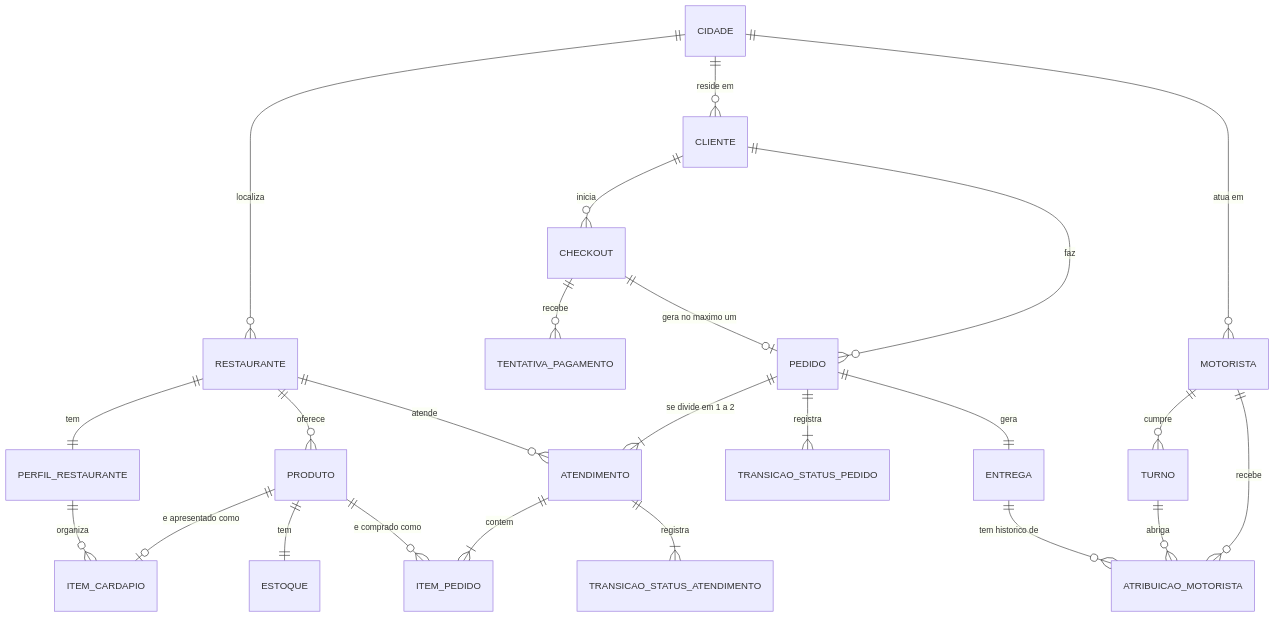
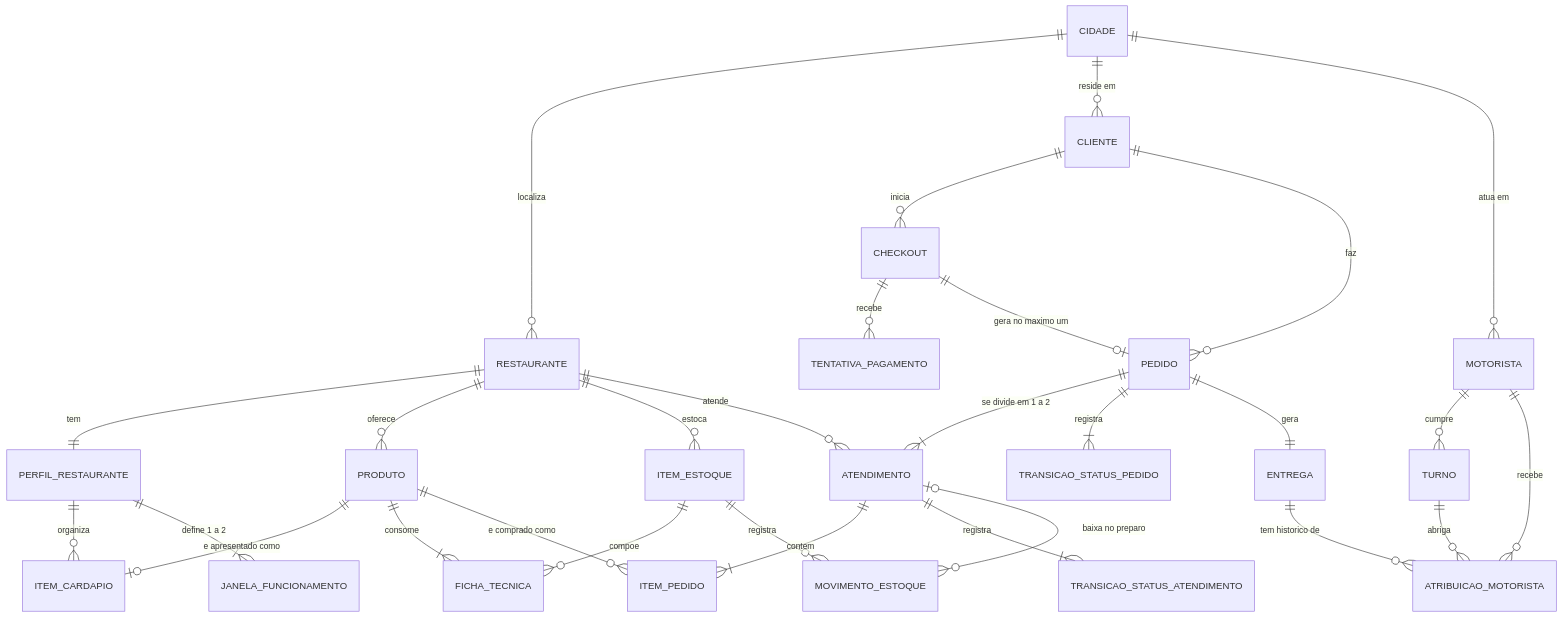
Before and after one commit to jotap-rocha/uber-eats-case: the first of 3 diagrams in shared/docs/modelagem/02-modelo-conceitual.md, drawn with Mermaid. The commit also changed other lines of this file and 25 other files, not shown here.

````diff
--- a/shared/docs/modelagem/02-modelo-conceitual.md
+++ b/shared/docs/modelagem/02-modelo-conceitual.md
@@ -41,29 +43,34 @@
 ```mermaid
 erDiagram
     CIDADE ||--o{ RESTAURANTE : "localiza"
     CIDADE ||--o{ CLIENTE : "reside em"
     CIDADE ||--o{ MOTORISTA : "atua em"
     RESTAURANTE ||--|| PERFIL_RESTAURANTE : "tem"
     PERFIL_RESTAURANTE ||--o{ ITEM_CARDAPIO : "organiza"
     PRODUTO ||--o| ITEM_CARDAPIO : "e apresentado como"
     RESTAURANTE ||--o{ PRODUTO : "oferece"
-    PRODUTO ||--|| ESTOQUE : "tem"
+    PERFIL_RESTAURANTE ||--|{ JANELA_FUNCIONAMENTO : "define 1 a 2"
+    RESTAURANTE ||--o{ ITEM_ESTOQUE : "estoca"
+    PRODUTO ||--|{ FICHA_TECNICA : "consome"
+    ITEM_ESTOQUE ||--o{ FICHA_TECNICA : "compoe"
+    ITEM_ESTOQUE ||--o{ MOVIMENTO_ESTOQUE : "registra"
 
     CLIENTE ||--o{ CHECKOUT : "inicia"
     CHECKOUT ||--o{ TENTATIVA_PAGAMENTO : "recebe"
     CHECKOUT ||--o| PEDIDO : "gera no maximo um"
     CLIENTE ||--o{ PEDIDO : "faz"
 
     PEDIDO ||--|{ ATENDIMENTO : "se divide em 1 a 2"
     RESTAURANTE ||--o{ ATENDIMENTO : "atende"
     ATENDIMENTO ||--|{ ITEM_PEDIDO : "contem"
     PRODUTO ||--o{ ITEM_PEDIDO : "e comprado como"
     ATENDIMENTO ||--|{ TRANSICAO_STATUS_ATENDIMENTO : "registra"
+    ATENDIMENTO |o--o{ MOVIMENTO_ESTOQUE : "baixa no preparo"
     PEDIDO ||--|{ TRANSICAO_STATUS_PEDIDO : "registra"
 
     MOTORISTA ||--o{ TURNO : "cumpre"
     PEDIDO ||--|| ENTREGA : "gera"
     ENTREGA ||--o{ ATRIBUICAO_MOTORISTA : "tem historico de"
     TURNO ||--o{ ATRIBUICAO_MOTORISTA : "abriga"
     MOTORISTA ||--o{ ATRIBUICAO_MOTORISTA : "recebe"
 ```
````
